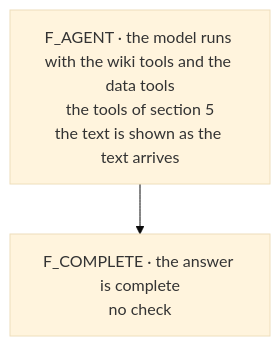
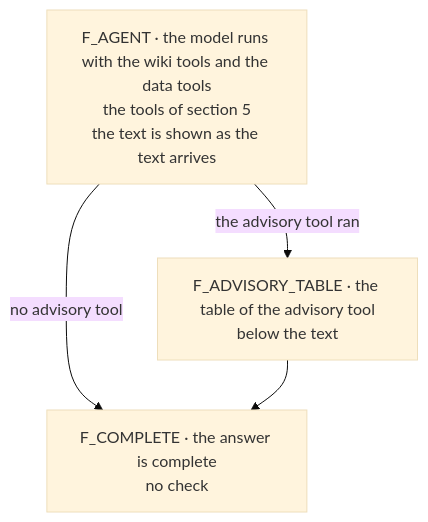
The second of 2 diagrams in docs/query_nodes.md (Clod/llmwiki-marimo), drawn with Mermaid (base theme) before and after one commit. The commit also changed other lines of this file and 7 other files, not shown here.

````diff
--- a/docs/query_nodes.md
+++ b/docs/query_nodes.md
@@ -325,6 +328,9 @@
 ```mermaid
 flowchart TD
     F_AGENT["F_AGENT · the model runs with the wiki tools and the data tools<br/>the tools of section 5<br/>the text is shown as the text arrives"]
+    F_ADVISORY_TABLE["F_ADVISORY_TABLE · the table of the advisory tool<br/>below the text"]
     F_COMPLETE["F_COMPLETE · the answer is complete<br/>no check"]
-    F_AGENT --> F_COMPLETE
+    F_AGENT -->|the advisory tool ran| F_ADVISORY_TABLE
+    F_AGENT -->|no advisory tool| F_COMPLETE
+    F_ADVISORY_TABLE --> F_COMPLETE
 ```
````
